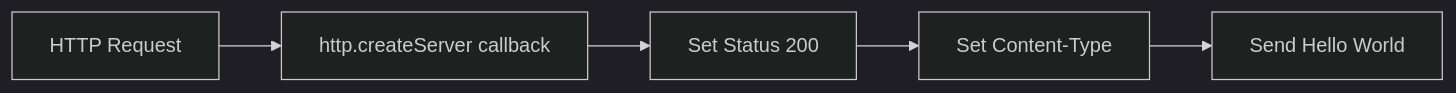
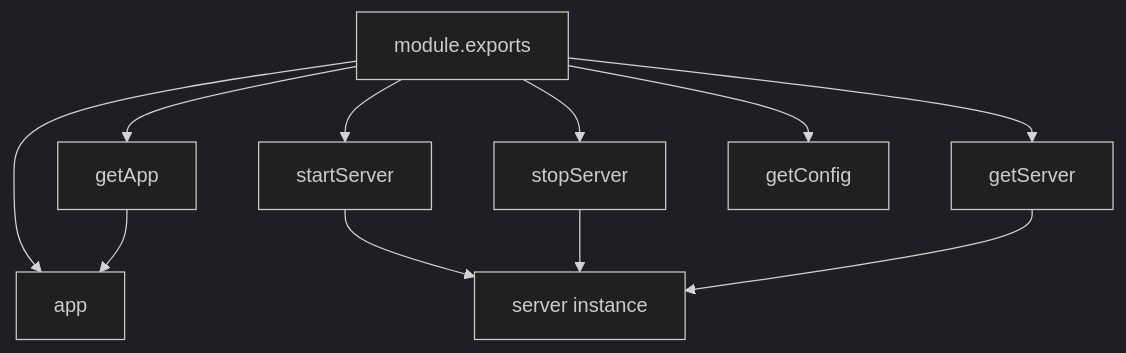
The first of 4 diagrams in blitzy/documentation/Technical Specifications.md (Sandeep01Kumar/29-dec-existing-projects-qa-test-2), drawn with Mermaid (dark theme) before and after one commit. The commit also changed other lines of this file, not shown here.

````diff
--- a/blitzy/documentation/Technical Specifications.md
+++ b/blitzy/documentation/Technical Specifications.md
@@ -229,7 +299,14 @@
 ```mermaid
-graph LR
-    A[HTTP Request] --> B[http.createServer callback]
-    B --> C[Set Status 200]
-    C --> D[Set Content-Type]
-    D --> E[Send Hello World]
+graph TD
+    A[module.exports] --> B[app]
+    A --> C[startServer]
+    A --> D[stopServer]
+    A --> E[getServer]
+    A --> F[getApp]
+    A --> G[getConfig]
+    
+    C --> H[server instance]
+    D --> H
+    E --> H
+    F --> B
 ```
````
